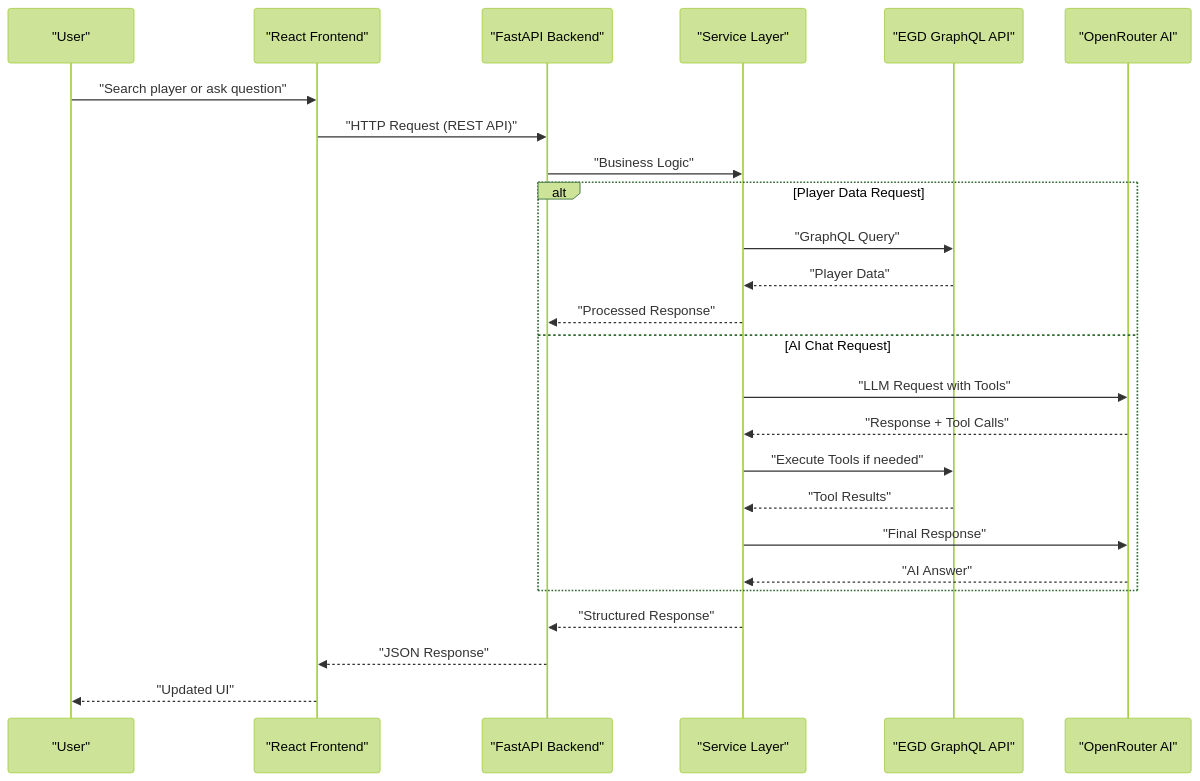
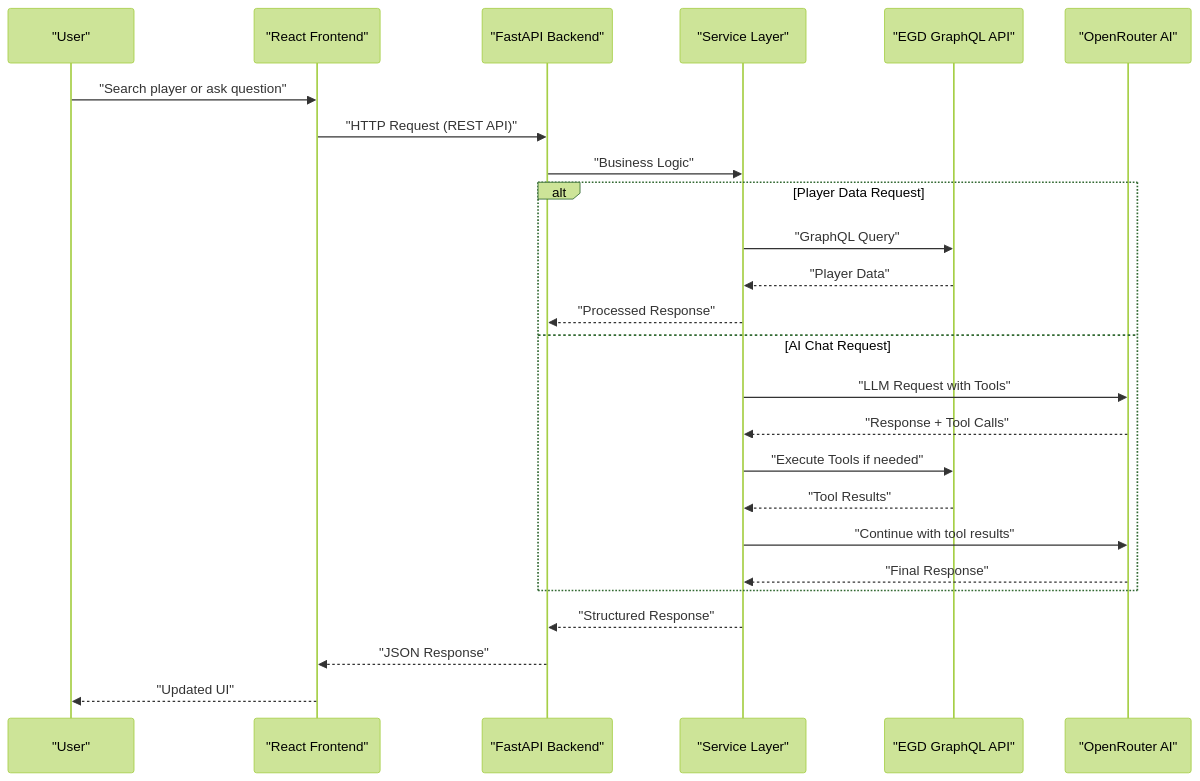
The second of 7 diagrams in .qoder/repowiki/en/content/Architecture Guide/Architecture Guide.md (Ragnar1999/GoNow), drawn with Mermaid (forest theme) before and after one commit. The commit also changed other lines of this file and 10 other files, not shown here.

````diff
--- a/.qoder/repowiki/en/content/Architecture Guide/Architecture Guide.md
+++ b/.qoder/repowiki/en/content/Architecture Guide/Architecture Guide.md
@@ -116,27 +114,27 @@
 ```mermaid
 sequenceDiagram
 participant User as "User"
 participant React as "React Frontend"
 participant FastAPI as "FastAPI Backend"
 participant Service as "Service Layer"
 participant EGD as "EGD GraphQL API"
 participant AI as "OpenRouter AI"
 User->>React : "Search player or ask question"
 React->>FastAPI : "HTTP Request (REST API)"
 FastAPI->>Service : "Business Logic"
 alt Player Data Request
 Service->>EGD : "GraphQL Query"
 EGD-->>Service : "Player Data"
 Service-->>FastAPI : "Processed Response"
 else AI Chat Request
 Service->>AI : "LLM Request with Tools"
 AI-->>Service : "Response + Tool Calls"
 Service->>EGD : "Execute Tools if needed"
 EGD-->>Service : "Tool Results"
-Service->>AI : "Final Response"
-AI-->>Service : "AI Answer"
+Service->>AI : "Continue with tool results"
+AI-->>Service : "Final Response"
 end
 Service-->>FastAPI : "Structured Response"
 FastAPI-->>React : "JSON Response"
 React-->>User : "Updated UI"
 ```
````
